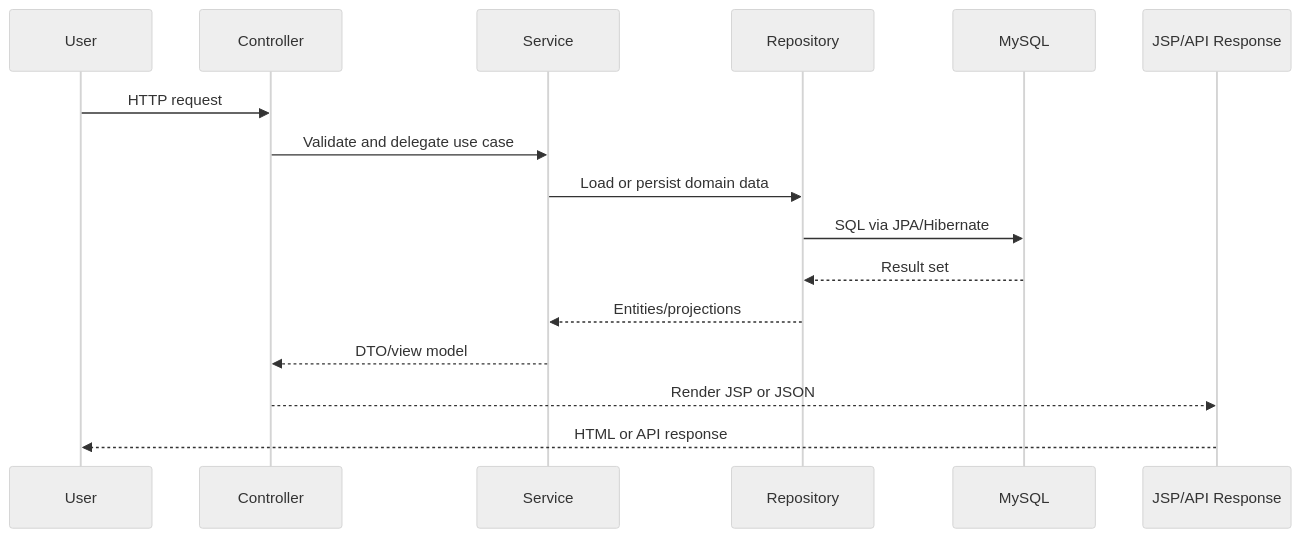
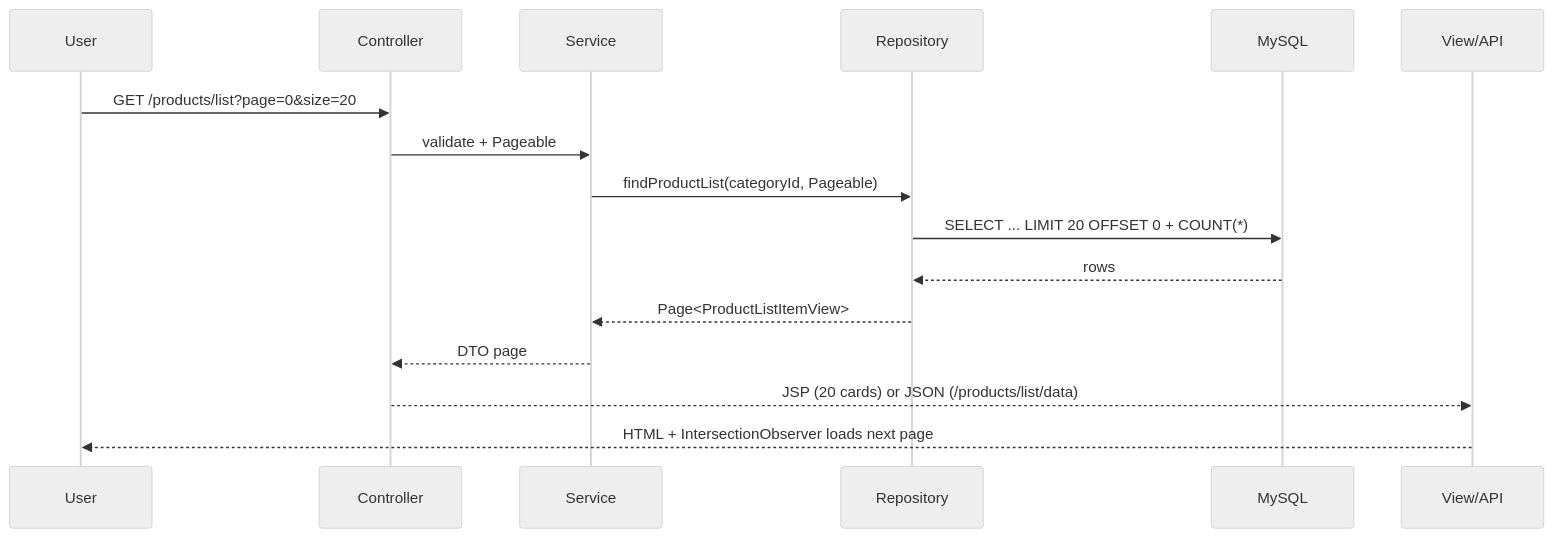
One commit to supaFrik/Nike-e-commerce-web-application changed the second of 4 diagrams in README.md. Above: the diagram before and after it, drawn with Mermaid (neutral theme). The commit also changed other lines of this file and 7 other files, not shown here.

````diff
--- a/README.md
+++ b/README.md
@@ -106,19 +95,18 @@
 ```mermaid
 sequenceDiagram
-    participant U as User
-    participant C as Controller
-    participant S as Service
-    participant R as Repository
-    participant D as MySQL
-    participant V as JSP/API Response
-
-    U->>C: HTTP request
-    C->>S: Validate and delegate use case
-    S->>R: Load or persist domain data
-    R->>D: SQL via JPA/Hibernate
-    D-->>R: Result set
-    R-->>S: Entities/projections
-    S-->>C: DTO/view model
-    C-->>V: Render JSP or JSON
-    V-->>U: HTML or API response
+  participant U as User
+  participant C as Controller
+  participant S as Service
+  participant R as Repository
+  participant D as MySQL
+  participant V as View/API
+  U->>C: GET /products/list?page=0&size=20
+  C->>S: validate + Pageable
+  S->>R: findProductList(categoryId, Pageable)
+  R->>D: SELECT ... LIMIT 20 OFFSET 0 + COUNT(*)
+  D-->>R: rows
+  R-->>S: Page<ProductListItemView>
+  S-->>C: DTO page
+  C-->>V: JSP (20 cards) or JSON (/products/list/data)
+  V-->>U: HTML + IntersectionObserver loads next page
 ```
````
